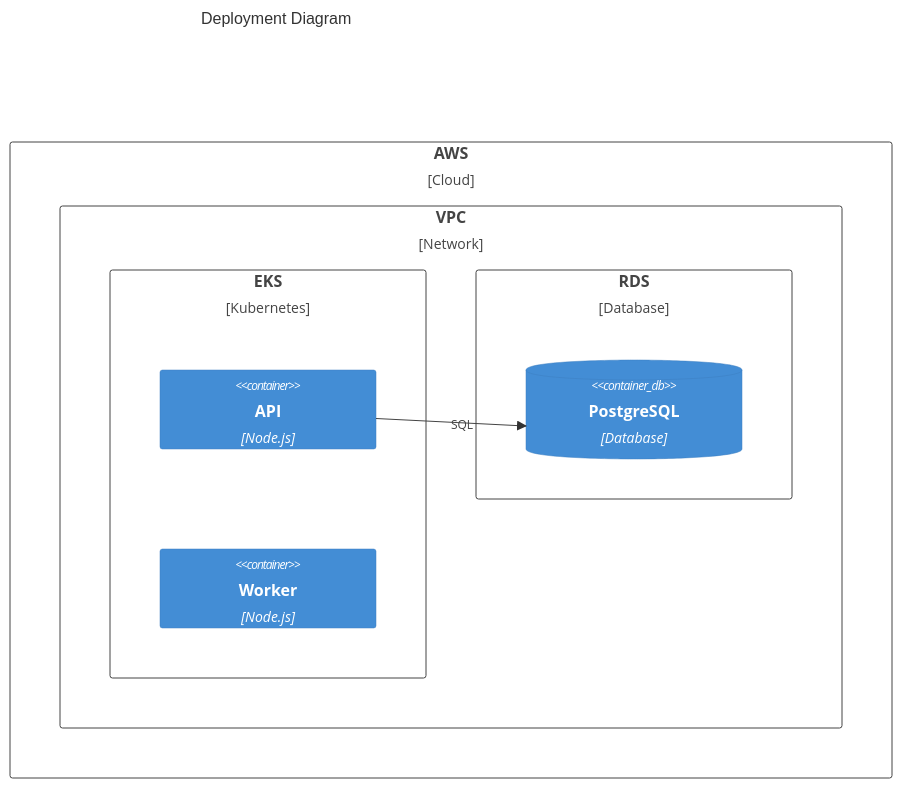
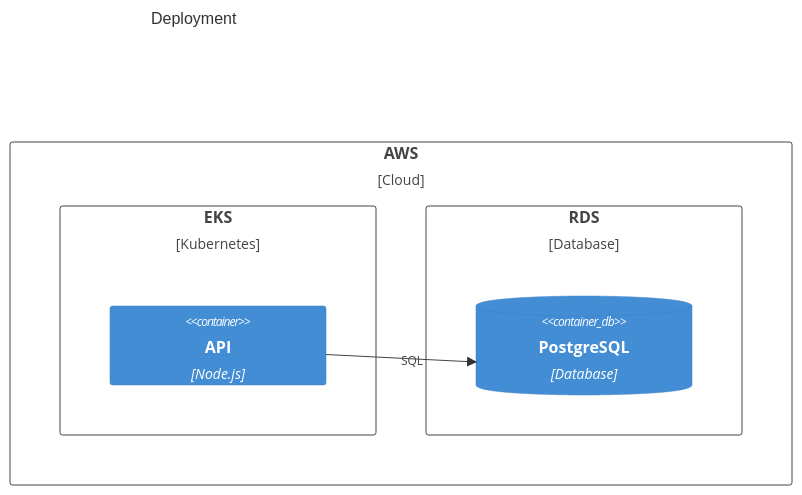
One commit to johnwaldo/aidevops changed the seventh of 10 diagrams in .agents/tools/diagrams/mermaid-diagrams-skill/references/ARCHITECTURE.md. Above: the diagram before and after it, drawn with Mermaid. The commit also changed other lines of this file, not shown here.

First line of the commit message:
t9374: tighten mermaid ARCHITECTURE.md from 454 to 250 lines (#11054)

````diff
--- a/.agents/tools/diagrams/mermaid-diagrams-skill/references/ARCHITECTURE.md
+++ b/.agents/tools/diagrams/mermaid-diagrams-skill/references/ARCHITECTURE.md
@@ -319,18 +175,13 @@
 ```mermaid
 C4Deployment
-    title Deployment Diagram
-
+    title Deployment
     Deployment_Node(aws, "AWS", "Cloud") {
-        Deployment_Node(vpc, "VPC", "Network") {
-            Deployment_Node(eks, "EKS", "Kubernetes") {
-                Container(api, "API", "Node.js")
-                Container(worker, "Worker", "Node.js")
-            }
-            Deployment_Node(rds, "RDS", "Database") {
-                ContainerDb(db, "PostgreSQL", "Database")
-            }
+        Deployment_Node(eks, "EKS", "Kubernetes") {
+            Container(api, "API", "Node.js")
+        }
+        Deployment_Node(rds, "RDS", "Database") {
+            ContainerDb(db, "PostgreSQL", "Database")
         }
     }
-
     Rel(api, db, "SQL")
 ```
````
